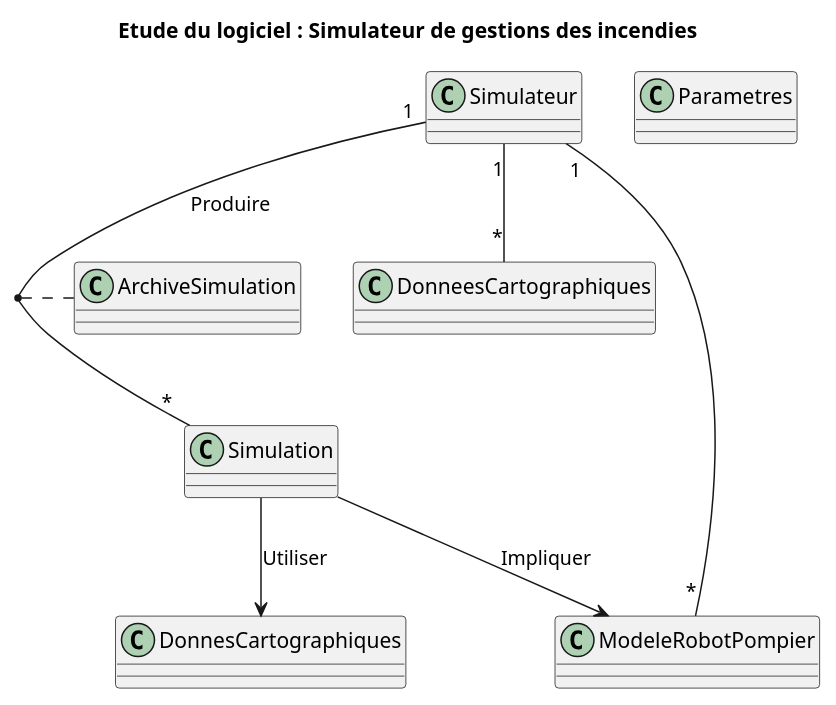
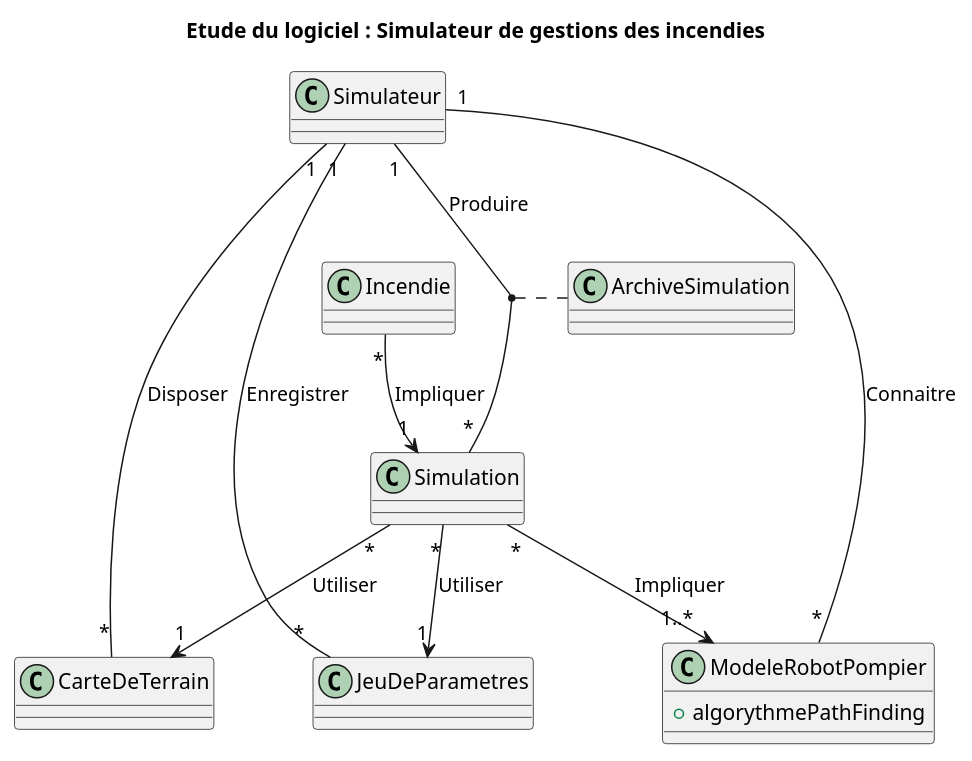
One commit to arthurgorjux/fire-in-the-ole-doc changed the diagram in diagrammeLogiciel.plantuml. Above: the diagram before and after it, drawn with PlantUML.

Commit message:
maj exploitable du diagrame de logiciel

```diff
--- a/diagrammeLogiciel.plantuml
+++ b/diagrammeLogiciel.plantuml
@@ -1,20 +1,25 @@
 @startuml
 title Etude du logiciel : Simulateur de gestions des incendies
 
 class Simulateur
 class Simulation
 class ArchiveSimulation
-class DonneesCartographiques
-class ModeleRobotPompier
-class Parametres
+class CarteDeTerrain
+class ModeleRobotPompier {
+  +algorythmePathFinding
+}
+class JeuDeParametres
+class Incendie
 
 Simulateur "1"--"*" Simulation : Produire
-Simulateur "1"--"*" ModeleRobotPompier
-Simulateur "1"--"*" DonneesCartographiques
+Simulateur "1"--"*" ModeleRobotPompier : Connaitre
+Simulateur "1"--"*" CarteDeTerrain : Disposer
 (Simulateur, Simulation) .. ArchiveSimulation
-Simulation --> ModeleRobotPompier : Impliquer
-Simulation --> DonnesCartographiques : Utiliser
+Simulation "*"-->"1..*" ModeleRobotPompier : Impliquer
+Simulation "*"-->"1" CarteDeTerrain : Utiliser
+Simulateur "1"--"*" JeuDeParametres : Enregistrer
+Simulation "*"-->"1" JeuDeParametres : Utiliser
 
-
+Incendie "*"-->"1" Simulation : Impliquer
 
 @enduml
```
